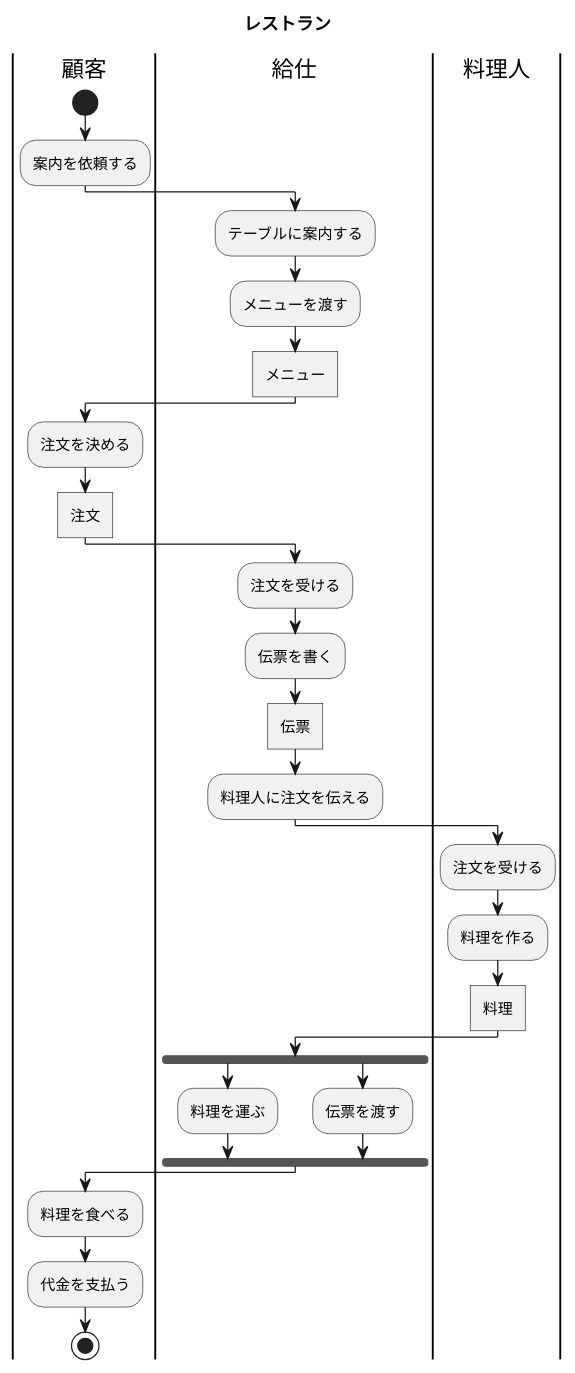
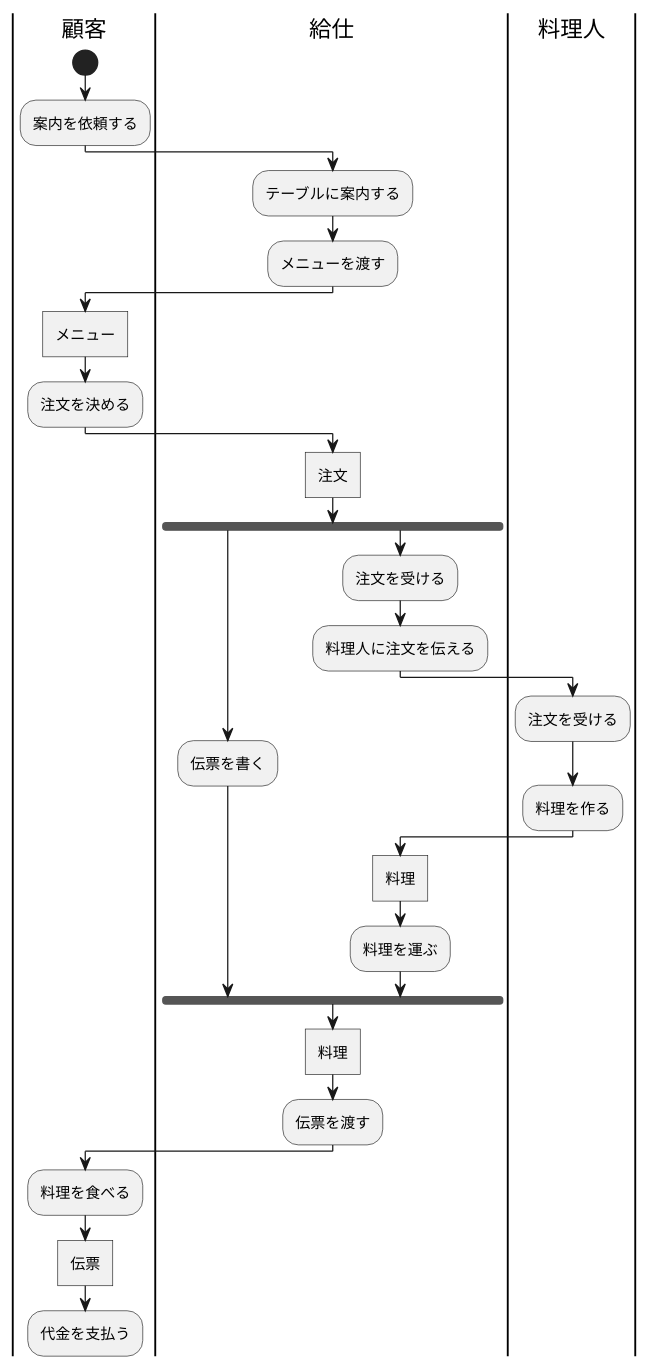
One commit to Shuma323/UML_inatroduction changed the diagram in 課題/課題7/演習7-3_AC_レストランのアクティビティ図.pu. Above: the diagram before and after it, drawn with PlantUML.

```diff
--- a/課題/課題7/演習7-3_AC_レストランのアクティビティ図.pu
+++ b/課題/課題7/演習7-3_AC_レストランのアクティビティ図.pu
@@ -1,32 +1,35 @@
-@startuml
-title レストラン
+@startuml アクティビティ図
 |顧客|
 start
 :案内を依頼する;
 |給仕|
 :テーブルに案内する;
 :メニューを渡す;
+|顧客|
 :メニュー]
-|顧客|
 :注文を決める;
+|給仕|
 :注文]
-|給仕|
+fork
+:伝票を書く;
+fork again
 :注文を受ける;
-:伝票を書く;
-:伝票]
+
 :料理人に注文を伝える;
 |料理人|
+
 :注文を受ける;
 :料理を作る;
+|給仕|
 :料理]
-|給仕|
-fork
+
 :料理を運ぶ;
-fork again
+
+end fork
+:料理]
 :伝票を渡す;
-end fork
 |顧客|
 :料理を食べる;
+:伝票]
 :代金を支払う;
-stop
 @enduml
```
